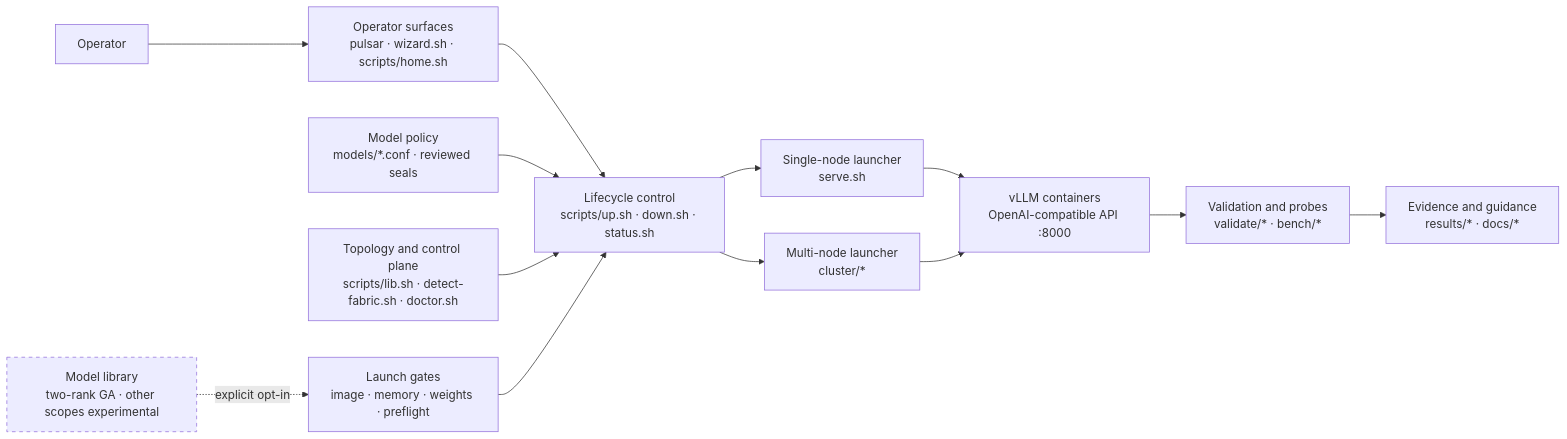
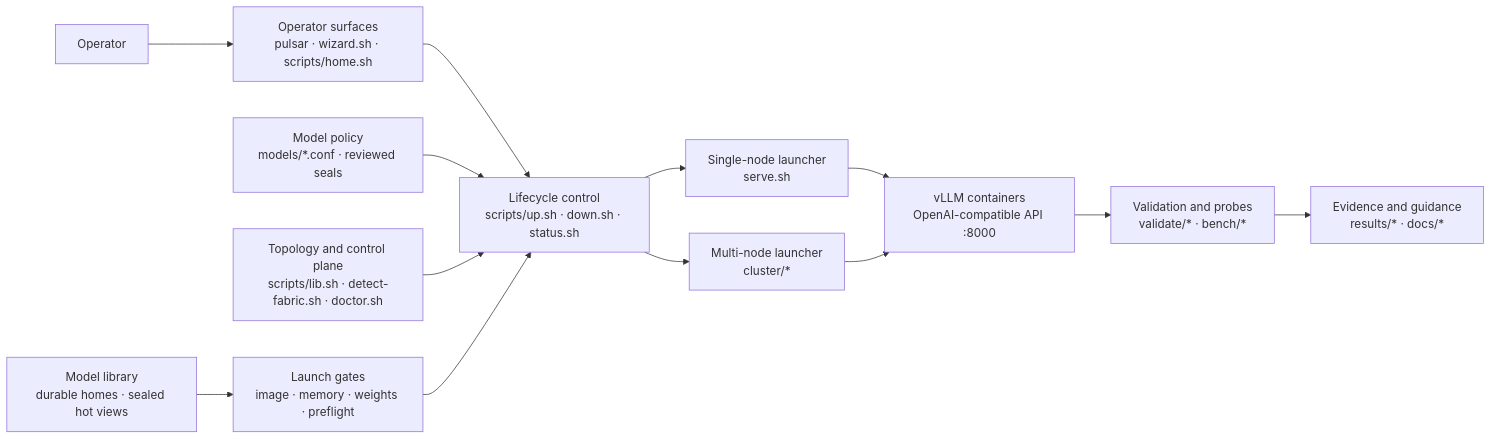
Before and after one commit to luisefigueroa/pulsar-gb10-vllm-stack: the diagram in AGENTS.md, drawn with Mermaid. The commit also changed other lines of this file and 5 other files, not shown here.

First line of the commit message:
docs: ADR 0006 — the model library is the only weight mechanism

````diff
--- a/AGENTS.md
+++ b/AGENTS.md
@@ -9,22 +9,19 @@
 ```mermaid
 flowchart LR
   operator["Operator"] --> surfaces["Operator surfaces<br/>pulsar · wizard.sh · scripts/home.sh"]
   surfaces --> lifecycle["Lifecycle control<br/>scripts/up.sh · down.sh · status.sh"]
 
   profiles["Model policy<br/>models/*.conf · reviewed seals"] --> lifecycle
   topology["Topology and control plane<br/>scripts/lib.sh · detect-fabric.sh · doctor.sh"] --> lifecycle
   artifacts["Launch gates<br/>image · memory · weights · preflight"] --> lifecycle
 
   lifecycle --> single["Single-node launcher<br/>serve.sh"]
   lifecycle --> cluster["Multi-node launcher<br/>cluster/*"]
   single --> runtime["vLLM containers<br/>OpenAI-compatible API :8000"]
   cluster --> runtime
 
-  library["Model library<br/>two-rank GA · other scopes experimental"] -. explicit opt-in .-> artifacts
+  library["Model library<br/>durable homes · sealed hot views"] --> artifacts
 
   runtime --> validation["Validation and probes<br/>validate/* · bench/*"]
   validation --> evidence["Evidence and guidance<br/>results/* · docs/*"]
-
-  classDef optin stroke-dasharray: 5 5;
-  class library optin;
 ```
````
